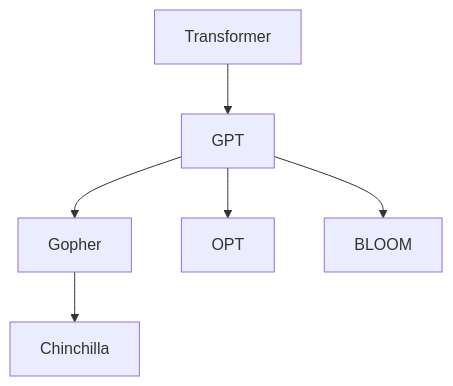
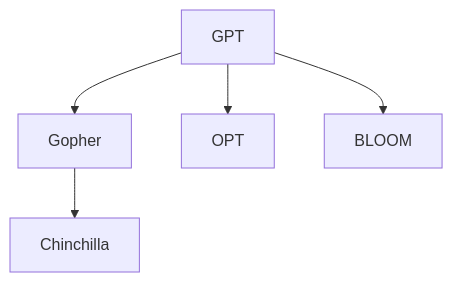
Diagram 15 of 20 in doc/llm.md (ted-sharp/chatvox), drawn with Mermaid before and after one commit. The commit also changed other lines of this file, not shown here.

````diff
--- a/doc/llm.md
+++ b/doc/llm.md
@@ -615,7 +617,7 @@
 ```mermaid
 flowchart
 
-Transformer --> GPT --> Gopher --> Chinchilla
+GPT --> Gopher --> Chinchilla
 GPT --> OPT
 GPT --> BLOOM
 ```
````
